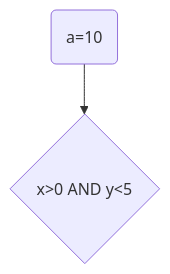
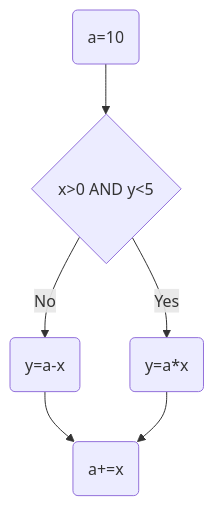
One commit to happimaker/lecture001 changed the sixth of 6 diagrams in docs/README.md. Above: the diagram before and after it, drawn with Mermaid.

Commit message:
whole diagram

````diff
--- a/docs/README.md
+++ b/docs/README.md
@@ -477,4 +477,11 @@
 ```mermaid
 graph TD
     a("a#equals;10") --> d{"x#gt;0 AND y#lt;5"}
+    d -- No --> y1
+    d -- Yes --> y2
+    y1 --> fin
+    y2 --> fin
+    y1("y#equals;a-x")
+    y2("y#equals;a*x")
+    fin("a+#equals;x")
 ```
````
